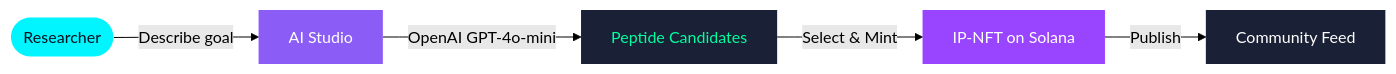
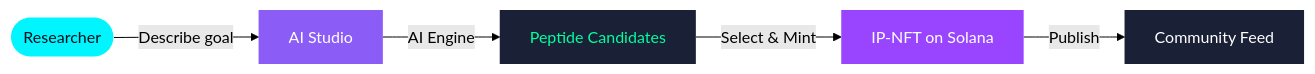
The diagram in profile/README.md (peptimus/.github), drawn with Mermaid (forest theme) before and after one commit. The commit also changed other lines of this file, not shown here.

````diff
--- a/profile/README.md
+++ b/profile/README.md
@@ -29,13 +29,13 @@
 ```mermaid
 flowchart LR
     A([Researcher]) -->|Describe goal| B[AI Studio]
-    B -->|OpenAI GPT-4o-mini| C[Peptide Candidates]
+    B -->|AI Engine| C[Peptide Candidates]
     C -->|Select & Mint| D[IP-NFT on Solana]
     D -->|Publish| E[Community Feed]
 
     style A fill:#00f5ff,color:#0a0f1c,stroke:none
     style B fill:#8b5cf6,color:#fff,stroke:none
     style C fill:#1a2035,color:#00ff9f,stroke:none
     style D fill:#9945FF,color:#fff,stroke:none
     style E fill:#1a2035,color:#fff,stroke:none
 ```
````
